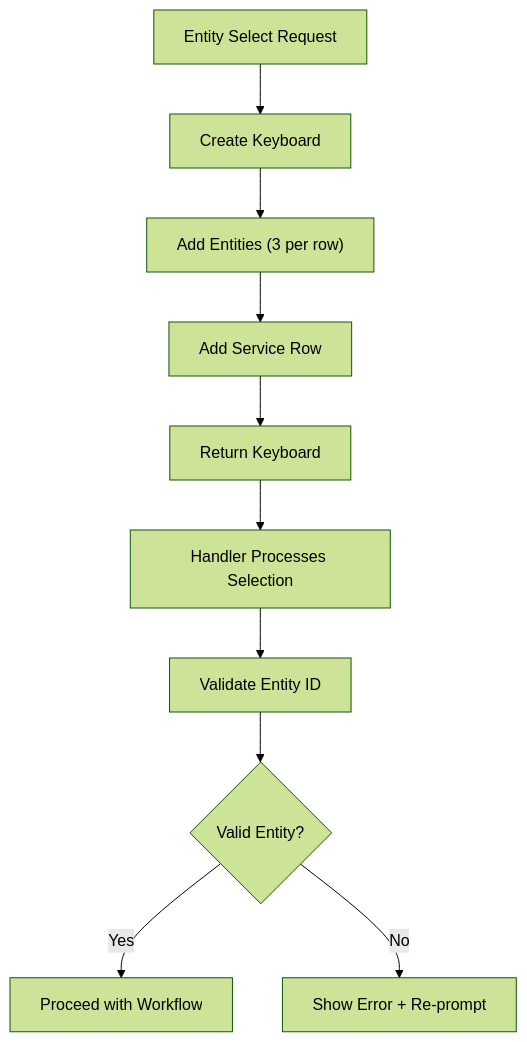
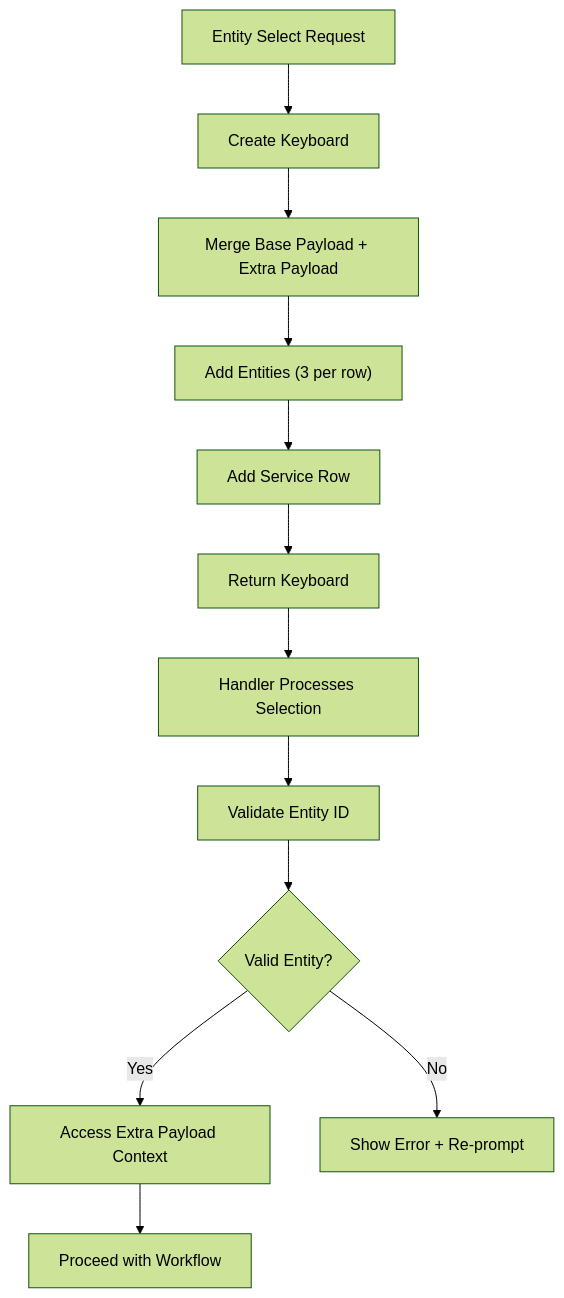
The sixth of 12 diagrams in .qoder/repowiki/en/content/Keyboard System.md (ognelis/cafetera_hr_bot), drawn with Mermaid (forest theme) before and after one commit. The commit also changed other lines of this file and 26 other files, not shown here.

````diff
--- a/.qoder/repowiki/en/content/Keyboard System.md
+++ b/.qoder/repowiki/en/content/Keyboard System.md
@@ -246,12 +256,14 @@
 ```mermaid
 flowchart TD
 A["Entity Select Request"] --> B["Create Keyboard"]
-B --> C["Add Entities (3 per row)"]
-C --> D["Add Service Row"]
-D --> E["Return Keyboard"]
-E --> F["Handler Processes Selection"]
-F --> G["Validate Entity ID"]
-G --> H{"Valid Entity?"}
-H --> |Yes| I["Proceed with Workflow"]
-H --> |No| J["Show Error + Re-prompt"]
+B --> C["Merge Base Payload + Extra Payload"]
+C --> D["Add Entities (3 per row)"]
+D --> E["Add Service Row"]
+E --> F["Return Keyboard"]
+F --> G["Handler Processes Selection"]
+G --> H["Validate Entity ID"]
+H --> I{"Valid Entity?"}
+I --> |Yes| J["Access Extra Payload Context"]
+J --> K["Proceed with Workflow"]
+I --> |No| L["Show Error + Re-prompt"]
 ```
````
